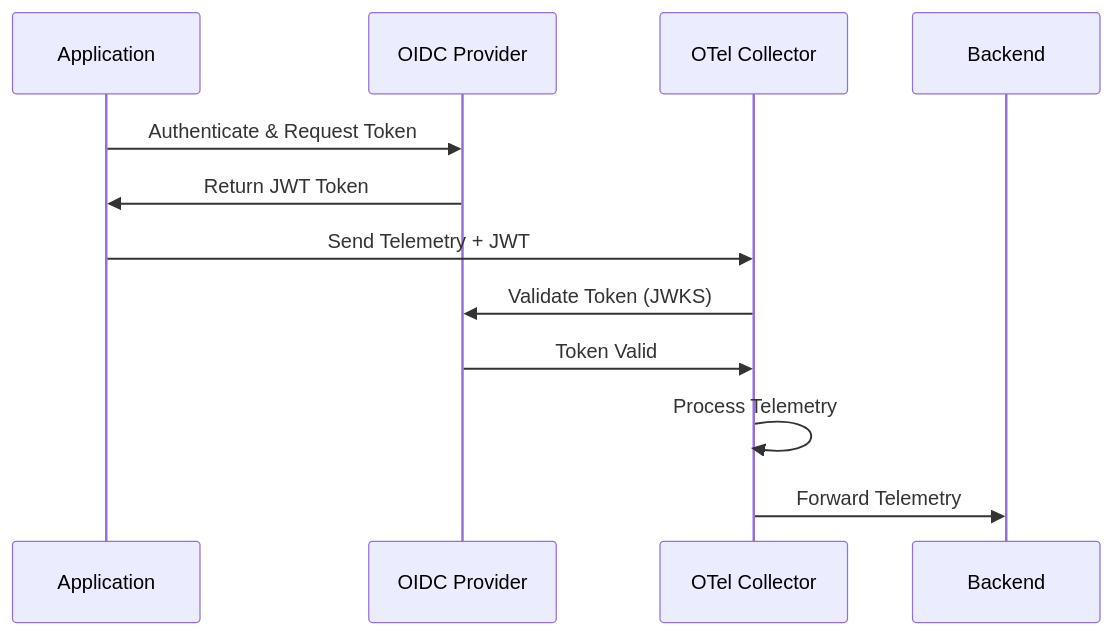
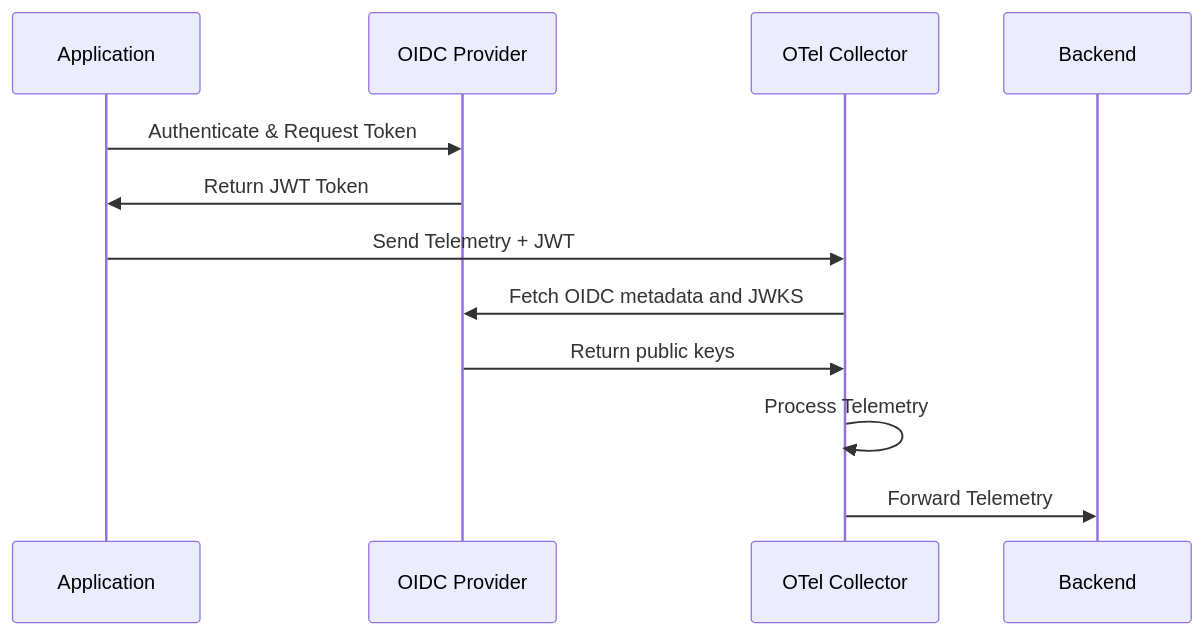
Before and after one commit to OneUptime/blog: the diagram in posts/2026-02-06-oidc-auth-extension-opentelemetry-collector/README.md, drawn with Mermaid. The commit also changed other lines of this file and 876 other files, not shown here.

````diff
--- a/posts/2026-02-06-oidc-auth-extension-opentelemetry-collector/README.md
+++ b/posts/2026-02-06-oidc-auth-extension-opentelemetry-collector/README.md
@@ -35,15 +35,15 @@
 ```mermaid
 sequenceDiagram
     participant App as Application
     participant IDP as OIDC Provider
     participant Collector as OTel Collector
     participant Backend as Backend
 
     App->>IDP: Authenticate & Request Token
     IDP->>App: Return JWT Token
     App->>Collector: Send Telemetry + JWT
-    Collector->>IDP: Validate Token (JWKS)
-    IDP->>Collector: Token Valid
+    Collector->>IDP: Fetch OIDC metadata and JWKS
+    IDP->>Collector: Return public keys
     Collector->>Collector: Process Telemetry
     Collector->>Backend: Forward Telemetry
 ```
````
